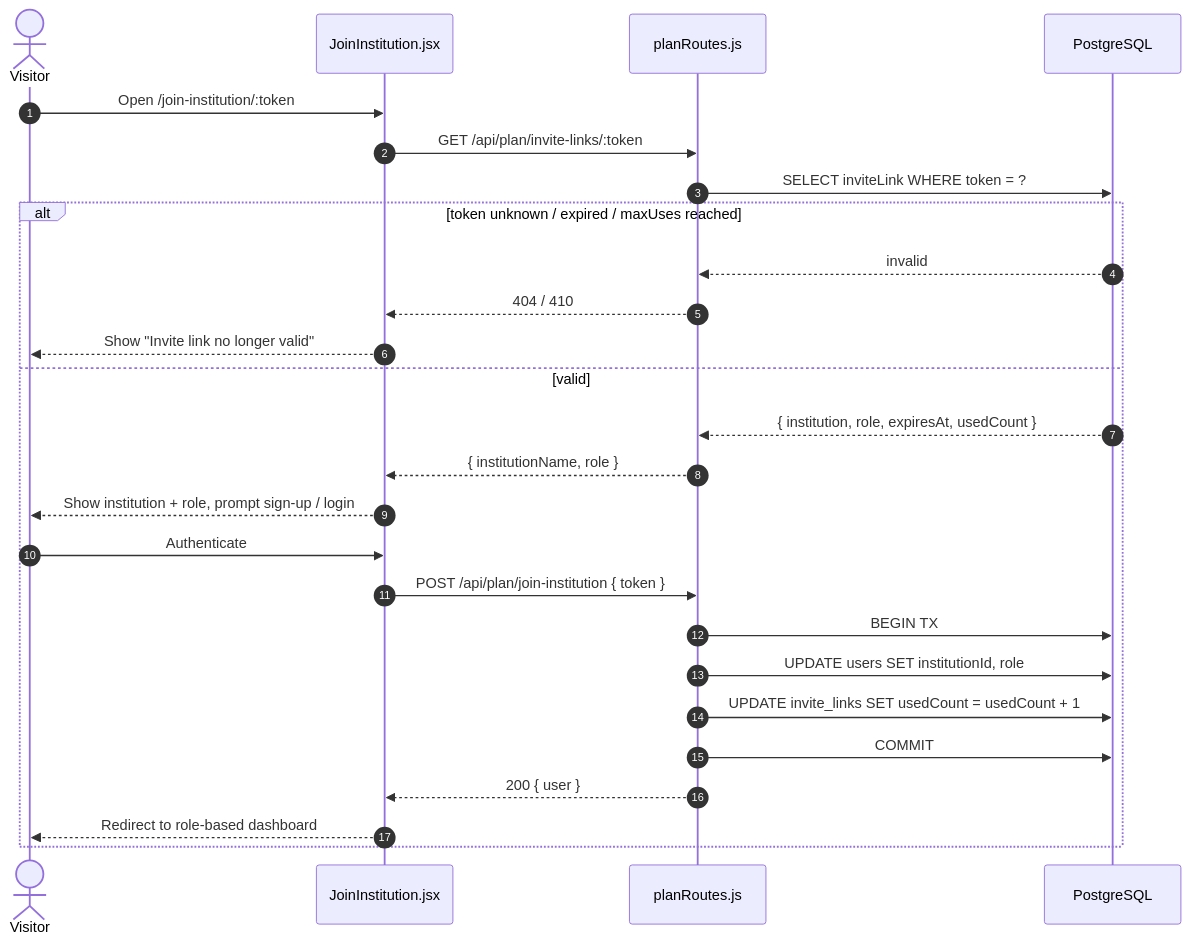
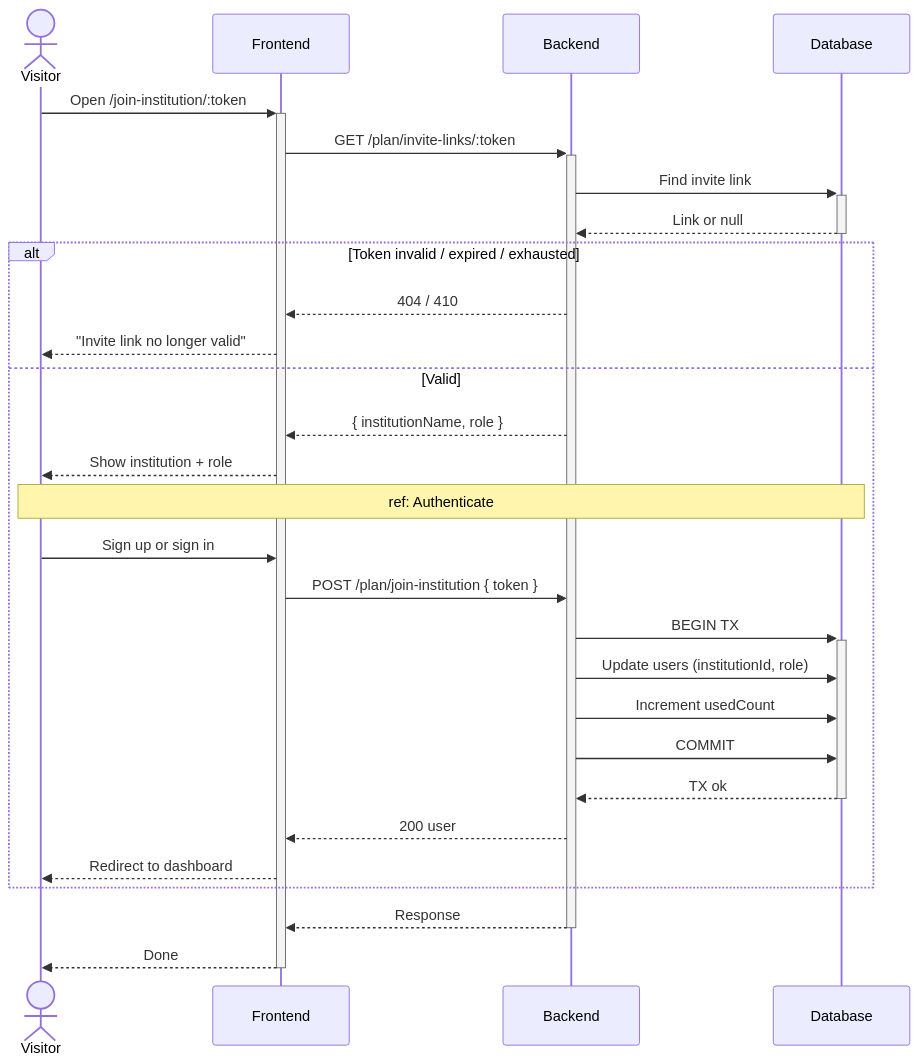
The seventh of 14 diagrams in docs/08_chapitre6_sprint4.md (MaizaAymen/OmniLearn), drawn with Mermaid before and after one commit. The commit also changed other lines of this file and 4 other files, not shown here.

````diff
--- a/docs/08_chapitre6_sprint4.md
+++ b/docs/08_chapitre6_sprint4.md
@@ -288,29 +304,35 @@
 ```mermaid
 sequenceDiagram
-  autonumber
-  actor V as Visitor
-  participant FE as JoinInstitution.jsx
-  participant API as planRoutes.js
-  participant DB  as PostgreSQL
+    actor Visitor
+    participant FE as Frontend
+    participant API as Backend
+    participant DB as Database
 
-  V->>FE: Open /join-institution/:token
-  FE->>API: GET /api/plan/invite-links/:token
-  API->>DB: SELECT inviteLink WHERE token = ?
-  alt token unknown / expired / maxUses reached
-    DB-->>API: invalid
-    API-->>FE: 404 / 410
-    FE-->>V: Show "Invite link no longer valid"
-  else valid
-    DB-->>API: { institution, role, expiresAt, usedCount }
-    API-->>FE: { institutionName, role }
-    FE-->>V: Show institution + role, prompt sign-up / login
-    V->>FE: Authenticate
-    FE->>API: POST /api/plan/join-institution { token }
-    API->>DB: BEGIN TX
-    API->>DB: UPDATE users SET institutionId, role
-    API->>DB: UPDATE invite_links SET usedCount = usedCount + 1
-    API->>DB: COMMIT
-    API-->>FE: 200 { user }
-    FE-->>V: Redirect to role-based dashboard
-  end
+    Visitor->>+FE: Open /join-institution/:token
+    FE->>+API: GET /plan/invite-links/:token
+    API->>+DB: Find invite link
+    DB-->>-API: Link or null
+
+    alt Token invalid / expired / exhausted
+        API-->>FE: 404 / 410
+        FE-->>Visitor: "Invite link no longer valid"
+    else Valid
+        API-->>FE: { institutionName, role }
+        FE-->>Visitor: Show institution + role
+
+        Note over Visitor,DB: ref: Authenticate
+
+        Visitor->>FE: Sign up or sign in
+        FE->>API: POST /plan/join-institution { token }
+        API->>+DB: BEGIN TX
+        API->>DB: Update users (institutionId, role)
+        API->>DB: Increment usedCount
+        API->>DB: COMMIT
+        DB-->>-API: TX ok
+        API-->>FE: 200 user
+        FE-->>Visitor: Redirect to dashboard
+    end
+
+    API-->>-FE: Response
+    FE-->>-Visitor: Done
 ```
````
